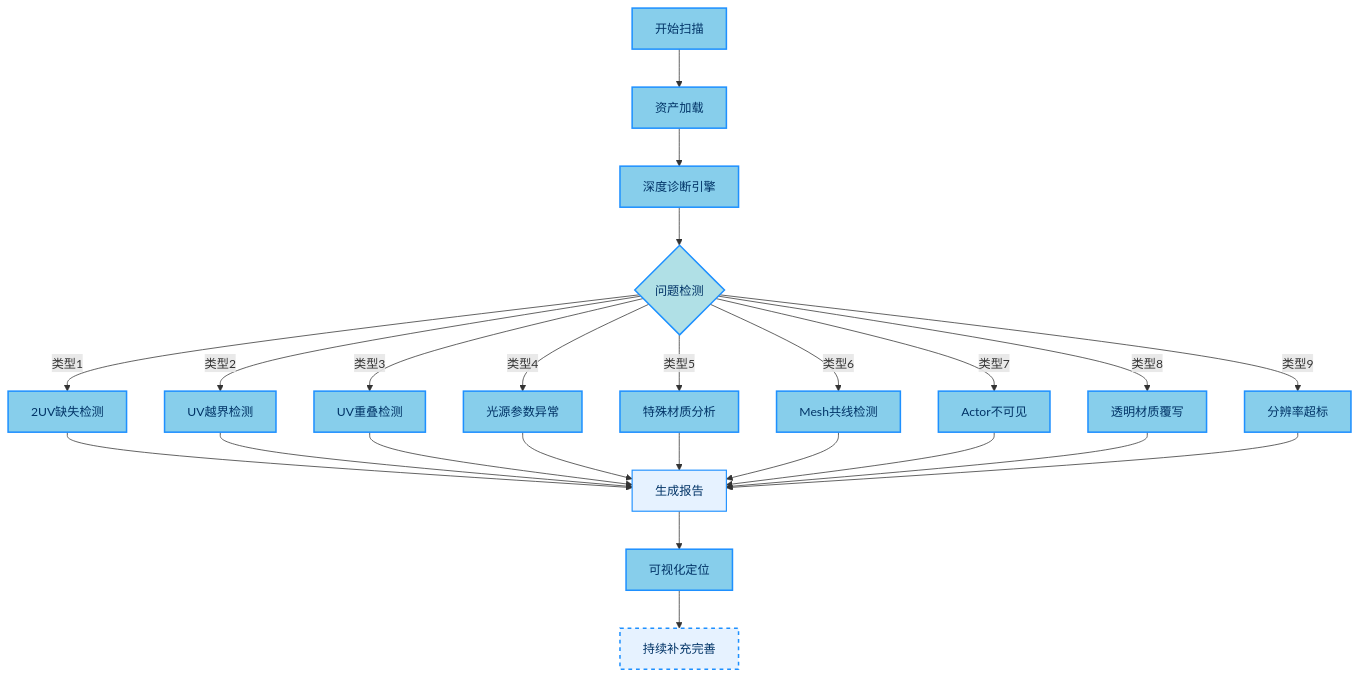
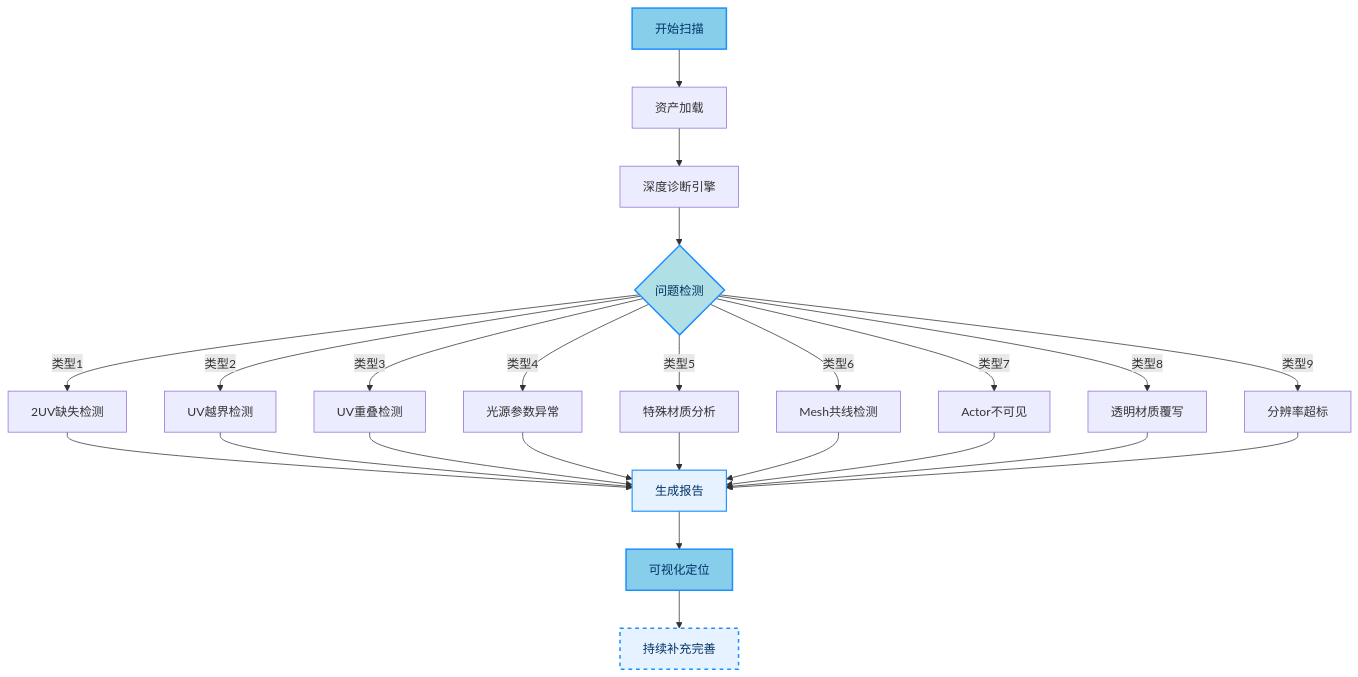
One commit to archieluan/iodraw-files changed the diagram in all/未命名-2.md. Above: the diagram before and after it, drawn with Mermaid.

Commit message:
2025-06-07 12:26:53 update

````diff
--- a/all/未命名-2.md
+++ b/all/未命名-2.md
@@ -1,38 +1,38 @@
 ```mermaid
 graph TD
   A[开始扫描]:::blueNode --> B[资产加载]
   B --> C[深度诊断引擎]
   C --> D{问题检测}:::diamond
   D -->|类型1| E[2UV缺失检测]
   D -->|类型2| F[UV越界检测]
   D -->|类型3| G[UV重叠检测]
   D -->|类型4| H[光源参数异常]
   D -->|类型5| I[特殊材质分析]
   D -->|类型6| J[Mesh共线检测]
   D -->|类型7| K[Actor不可见]
   D -->|类型8| L[透明材质覆写]
   D -->|类型9| M[分辨率超标]
   E --> N[生成报告]:::report
   F --> N
   G --> N
   H --> N
   I --> N
   J --> N
   K --> N
   L --> N
   M --> N
   N --> O[可视化定位]:::action
   O --> P[持续补充完善]:::special
   style P stroke:#1E90FF,stroke-width:2px,stroke-dasharray:5 5,fill:#E6F2FF
 
   classDef blueNode fill:#87CEEB,stroke:#1E90FF,stroke-width:2px,color:#003366
   classDef diamond fill:#B0E0E6,stroke:#1E90FF,stroke-width:2px,color:#003366
   classDef report fill:#E6F2FF,stroke:#1E90FF,stroke-width:1.5px,color:#003366
   classDef action fill:#87CEEB,stroke:#1E90FF,stroke-width:2px,color:#003366
   classDef special fill:#F0F8FF,stroke:#1E90FF,stroke-width:2px,color:#003366
-  class A,B,C,D,E,F,G,H,I,J,K,L,M,O blueNode;
+
   class D diamond;
   class N report;
   class O action;
   class P special;
 ```
````
